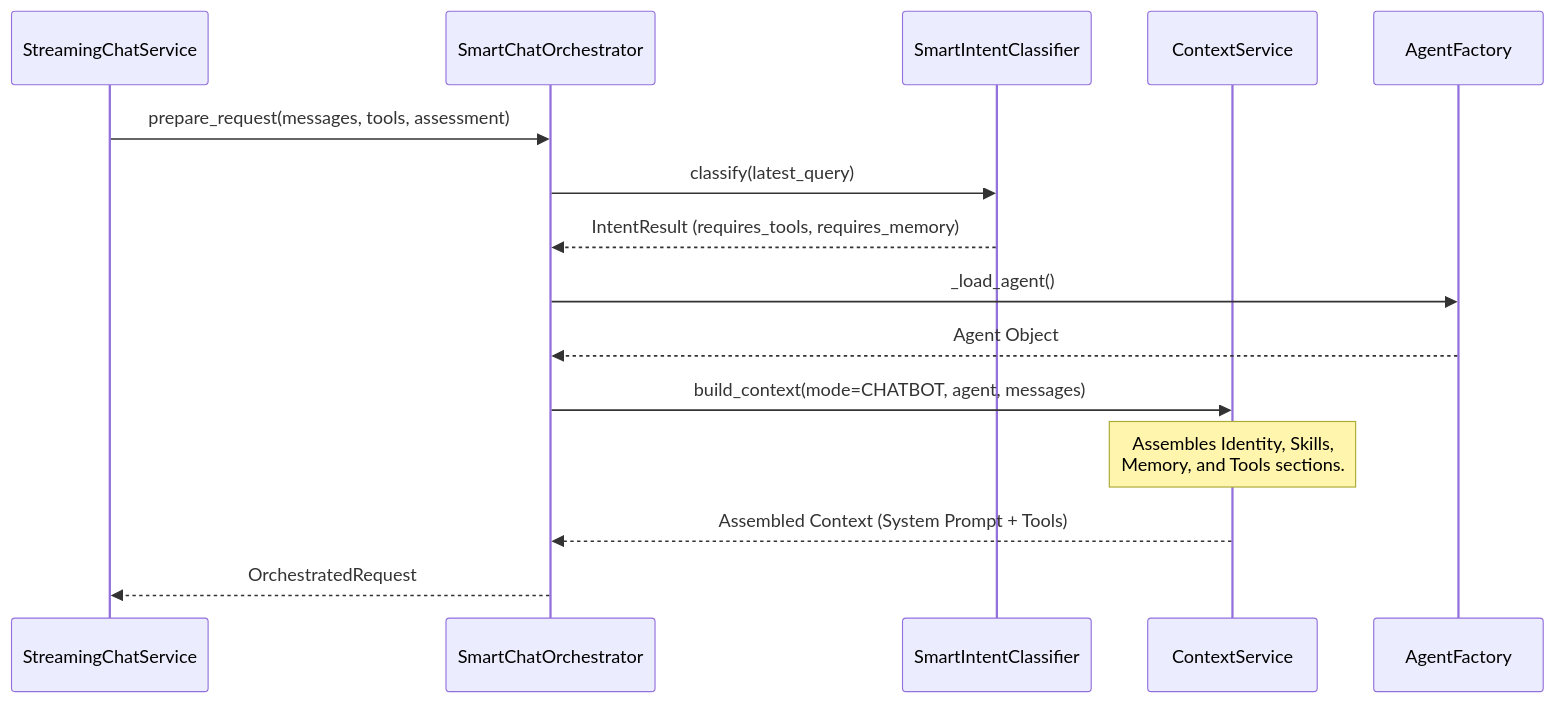
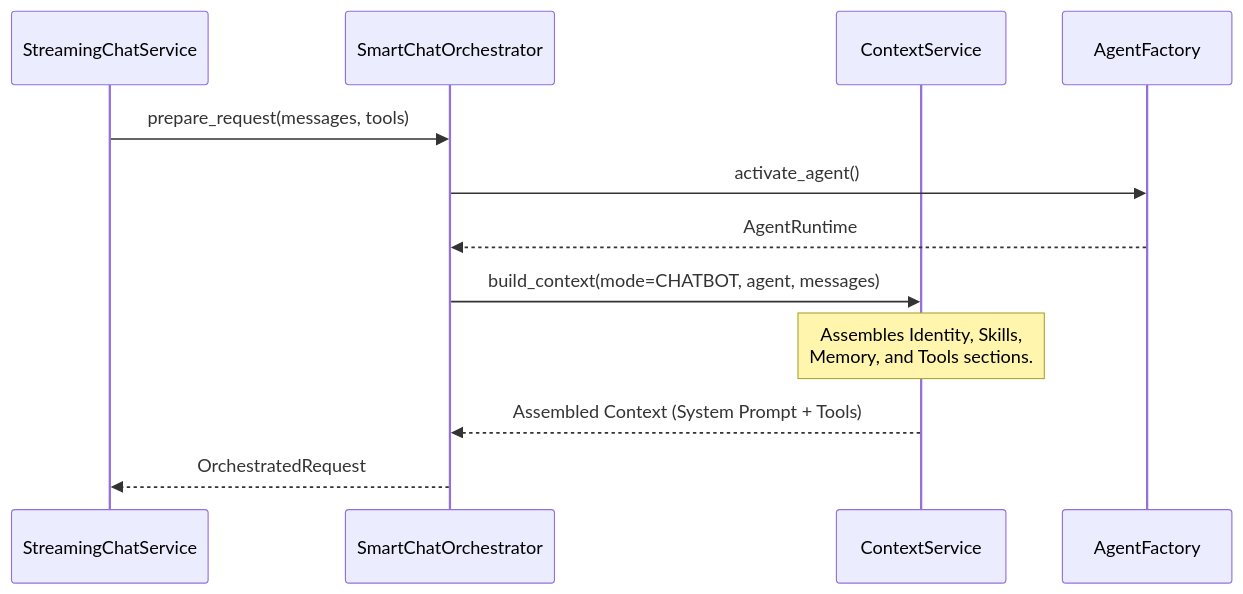
The second of 3 diagrams in docs/chat-interface/streaming-chat-service.md (AutomatosAI/automatos-ai), drawn with Mermaid before and after one commit. The commit also changed other lines of this file and 153 other files, not shown here.

````diff
--- a/docs/chat-interface/streaming-chat-service.md
+++ b/docs/chat-interface/streaming-chat-service.md
@@ -100,18 +89,15 @@
 ```mermaid
 sequenceDiagram
     participant SCS as StreamingChatService
     participant SCO as SmartChatOrchestrator
-    participant IC as SmartIntentClassifier
     participant CS as ContextService
     participant AF as AgentFactory
 
-    SCS->>SCO: prepare_request(messages, tools, assessment)
-    SCO->>IC: classify(latest_query)
-    IC-->>SCO: IntentResult (requires_tools, requires_memory)
-    SCO->>AF: _load_agent()
-    AF-->>SCO: Agent Object
+    SCS->>SCO: prepare_request(messages, tools)
+    SCO->>AF: activate_agent()
+    AF-->>SCO: AgentRuntime
     SCO->>CS: build_context(mode=CHATBOT, agent, messages)
     Note over CS: Assembles Identity, Skills,<br/>Memory, and Tools sections.
     CS-->>SCO: Assembled Context (System Prompt + Tools)
     SCO-->>SCS: OrchestratedRequest
 ```
````
